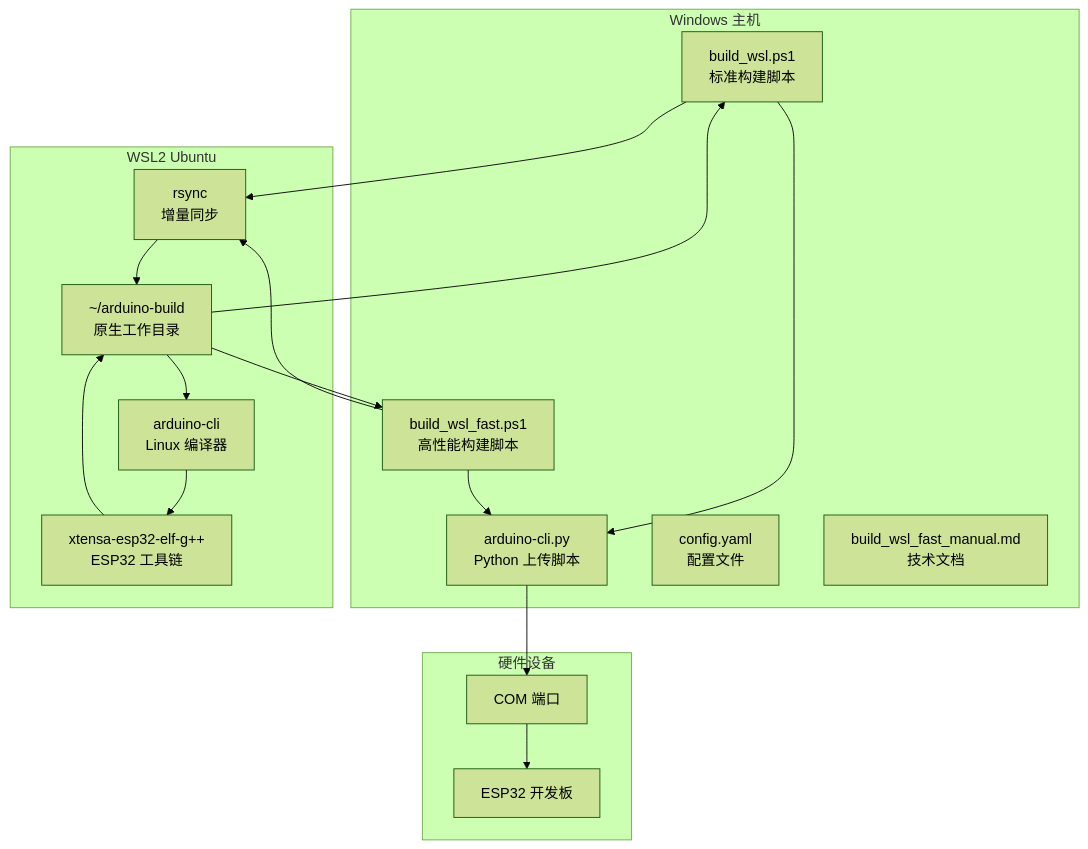
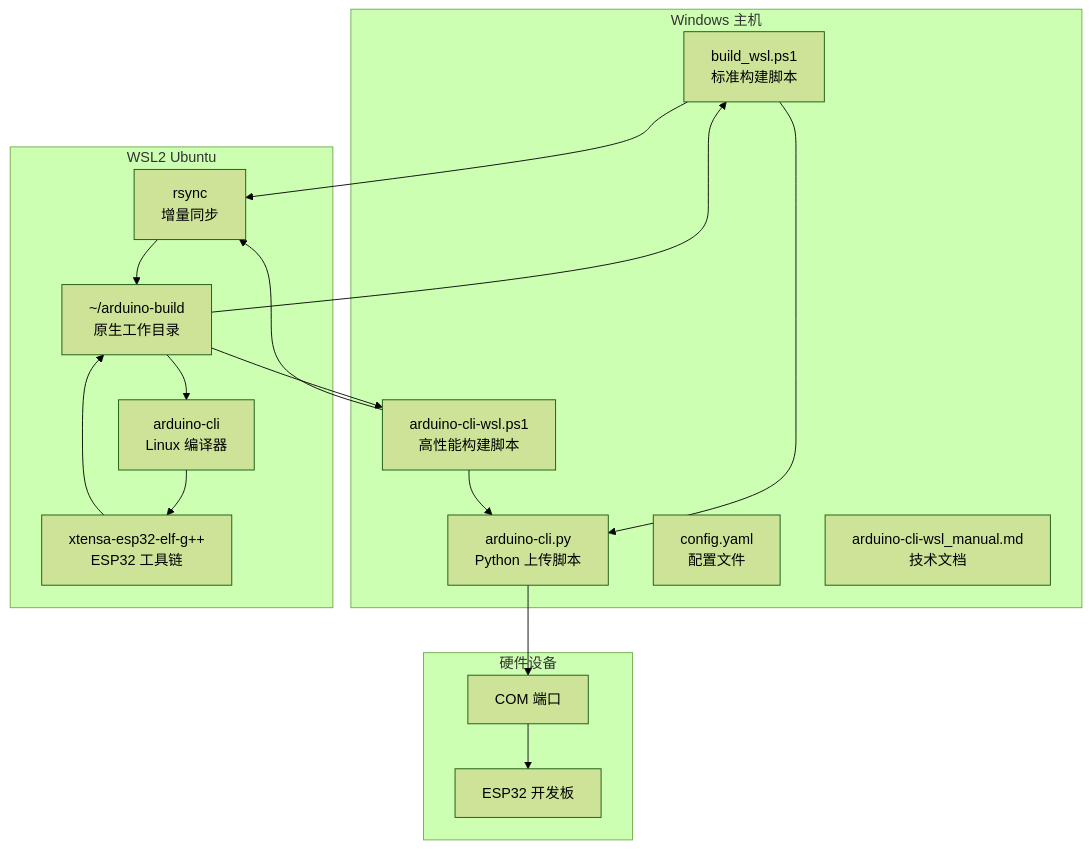
One commit to DonkeyDrift/Firmware changed the first of 4 diagrams in .qoder/repowiki/zh/content/开发工具与配置/WSL 交叉编译支持.md. Above: the diagram before and after it, drawn with Mermaid (forest theme). The commit also changed other lines of this file and 6 other files, not shown here.

````diff
--- a/.qoder/repowiki/zh/content/开发工具与配置/WSL 交叉编译支持.md
+++ b/.qoder/repowiki/zh/content/开发工具与配置/WSL 交叉编译支持.md
@@ -42,32 +42,32 @@
 ```mermaid
 graph TB
 subgraph "Windows 主机"
 A[build_wsl.ps1<br/>标准构建脚本]
-B[build_wsl_fast.ps1<br/>高性能构建脚本]
+B[arduino-cli-wsl.ps1<br/>高性能构建脚本]
 C[arduino-cli.py<br/>Python 上传脚本]
 D[config.yaml<br/>配置文件]
-E[build_wsl_fast_manual.md<br/>技术文档]
+E[arduino-cli-wsl_manual.md<br/>技术文档]
 end
 subgraph "WSL2 Ubuntu"
 F[rsync<br/>增量同步]
 G[arduino-cli<br/>Linux 编译器]
 H[xtensa-esp32-elf-g++<br/>ESP32 工具链]
 I[~/arduino-build<br/>原生工作目录]
 end
 subgraph "硬件设备"
 J[ESP32 开发板]
 K[COM 端口]
 end
 A --> F
 B --> F
 F --> I
 I --> G
 G --> H
 H --> I
 I --> A
 I --> B
 A --> C
 B --> C
 C --> K
 K --> J
 ```
````
